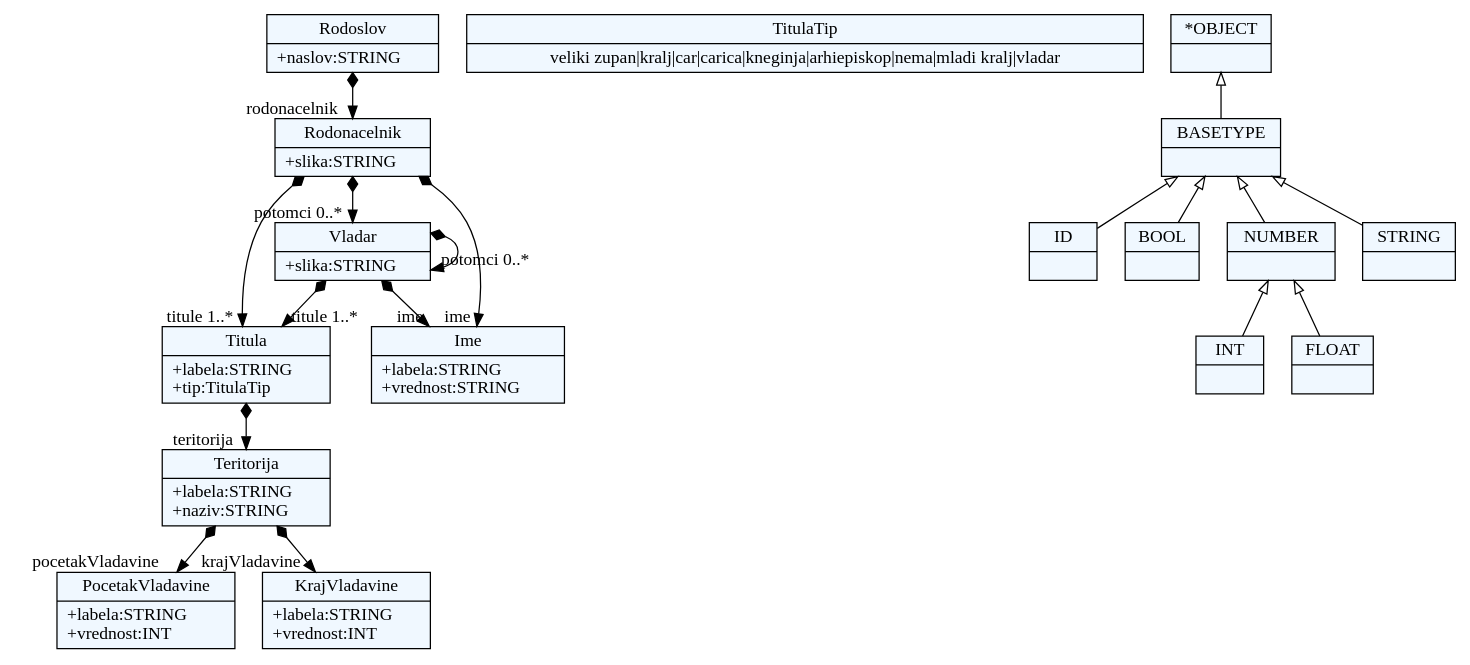
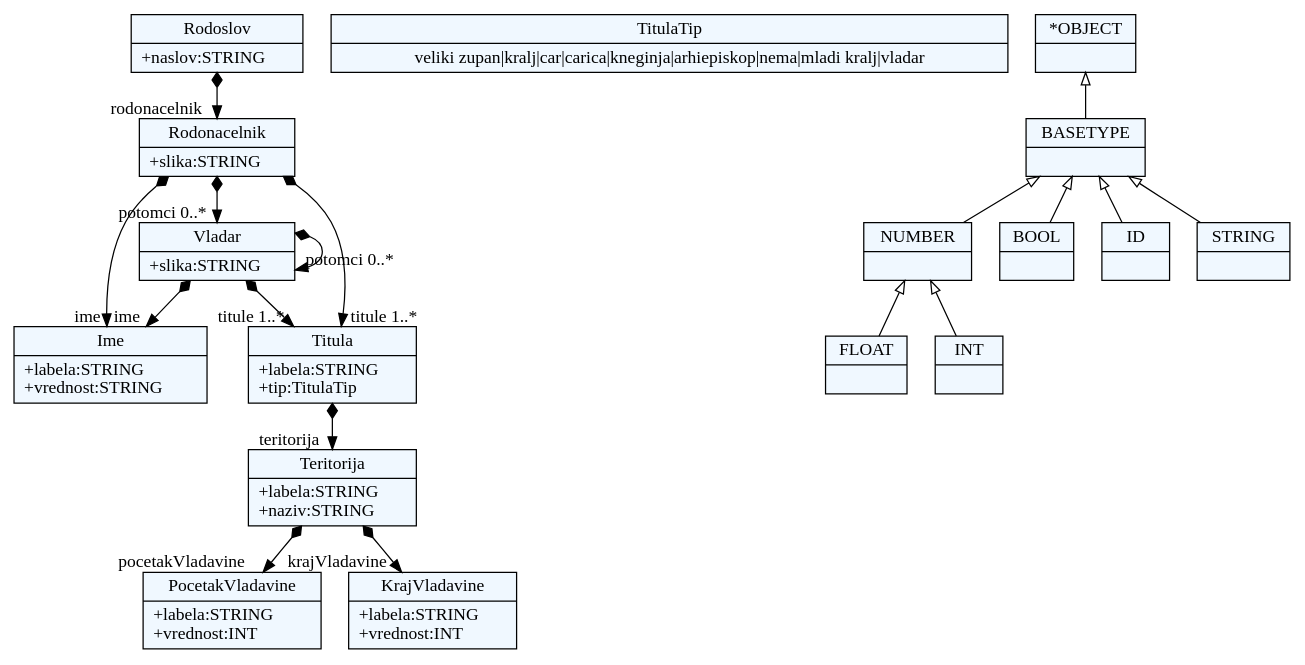
The diagram in Projekat/forms/forms.dot (milenaL9/JSD_2017), drawn with Graphviz before and after one commit. The commit also changed 9 other files, not shown here.

```diff
--- a/Projekat/forms/forms.dot
+++ b/Projekat/forms/forms.dot
@@ -1,66 +1,66 @@
 
     digraph xtext {
     fontname = "Bitstream Vera Sans"
     fontsize = 8
     node[
         shape=record,
         style=filled,
         fillcolor=aliceblue
     ]
     nodesep = 0.3
     edge[dir=black,arrowtail=empty]
 
 
-51219448 -> 51210952[arrowtail=diamond, dir=both, headlabel="rodonacelnik "]
-51219448[ label="{Rodoslov|+naslov:STRING\l}"]
+51975912[ label="{PocetakVladavine|+labela:STRING\l+vrednost:INT\l}"]
 
-49685096[ label="{PocetakVladavine|+labela:STRING\l+vrednost:INT\l}"]
+51964584[ label="{Ime|+labela:STRING\l+vrednost:STRING\l}"]
 
-49676600 -> 49682264[arrowtail=diamond, dir=both, headlabel="teritorija "]
-49676600[ label="{Titula|+labela:STRING\l+tip:TitulaTip\l}"]
+51961752 -> 51964584[arrowtail=diamond, dir=both, headlabel="ime "]
+51961752 -> 51967416[arrowtail=diamond, dir=both, headlabel="titule 1..*"]
+51961752 -> 51961752[arrowtail=diamond, dir=both, headlabel="potomci 0..*"]
+51961752[ label="{Vladar|+slika:STRING\l}"]
 
-49678488[ label="{KrajVladavine|+labela:STRING\l+vrednost:INT\l}"]
+51953256 -> 51944760[arrowtail=diamond, dir=both, headlabel="rodonacelnik "]
+51953256[ label="{Rodoslov|+naslov:STRING\l}"]
 
-49679432[ label="{TitulaTip|veliki zupan\|kralj\|car\|carica\|kneginja\|arhiepiskop\|nema\|mladi kralj\|vladar}"]
+51967416 -> 51973080[arrowtail=diamond, dir=both, headlabel="teritorija "]
+51967416[ label="{Titula|+labela:STRING\l+tip:TitulaTip\l}"]
 
-51229832[ label="{Ime|+labela:STRING\l+vrednost:STRING\l}"]
+51944760 -> 51964584[arrowtail=diamond, dir=both, headlabel="ime "]
+51944760 -> 51967416[arrowtail=diamond, dir=both, headlabel="titule 1..*"]
+51944760 -> 51961752[arrowtail=diamond, dir=both, headlabel="potomci 0..*"]
+51944760[ label="{Rodonacelnik|+slika:STRING\l}"]
 
-51227000 -> 51229832[arrowtail=diamond, dir=both, headlabel="ime "]
-51227000 -> 49676600[arrowtail=diamond, dir=both, headlabel="titule 1..*"]
-51227000 -> 51227000[arrowtail=diamond, dir=both, headlabel="potomci 0..*"]
-51227000[ label="{Vladar|+slika:STRING\l}"]
+51969304[ label="{KrajVladavine|+labela:STRING\l+vrednost:INT\l}"]
 
-51210952 -> 51229832[arrowtail=diamond, dir=both, headlabel="ime "]
-51210952 -> 49676600[arrowtail=diamond, dir=both, headlabel="titule 1..*"]
-51210952 -> 51227000[arrowtail=diamond, dir=both, headlabel="potomci 0..*"]
-51210952[ label="{Rodonacelnik|+slika:STRING\l}"]
+51970248[ label="{TitulaTip|veliki zupan\|kralj\|car\|carica\|kneginja\|arhiepiskop\|nema\|mladi kralj\|vladar}"]
 
-49682264 -> 49685096[arrowtail=diamond, dir=both, headlabel="pocetakVladavine "]
-49682264 -> 49678488[arrowtail=diamond, dir=both, headlabel="krajVladavine "]
-49682264[ label="{Teritorija|+labela:STRING\l+naziv:STRING\l}"]
+51973080 -> 51975912[arrowtail=diamond, dir=both, headlabel="pocetakVladavine "]
+51973080 -> 51969304[arrowtail=diamond, dir=both, headlabel="krajVladavine "]
+51973080[ label="{Teritorija|+labela:STRING\l+naziv:STRING\l}"]
 
-51206232[ label="{ID|}"]
+51957032[ label="{BASETYPE|}"]
+51957032 -> 51954200 [dir=back]
+51957032 -> 51945704 [dir=back]
+51957032 -> 51940040 [dir=back]
+51957032 -> 51942872 [dir=back]
 
-51211896[ label="{BOOL|}"]
+51951368[ label="{FLOAT|}"]
 
-51223224[ label="{BASETYPE|}"]
-51223224 -> 51220392 [dir=back]
-51223224 -> 51211896 [dir=back]
-51223224 -> 51206232 [dir=back]
-51223224 -> 51209064 [dir=back]
+51959864[ label="{*OBJECT|}"]
+51959864 -> 51957032 [dir=back]
 
-51214728[ label="{INT|}"]
+51945704[ label="{BOOL|}"]
 
-51220392[ label="{NUMBER|}"]
-51220392 -> 51217560 [dir=back]
-51220392 -> 51214728 [dir=back]
+51948536[ label="{INT|}"]
 
-51209064[ label="{STRING|}"]
+51954200[ label="{NUMBER|}"]
+51954200 -> 51951368 [dir=back]
+51954200 -> 51948536 [dir=back]
 
-51217560[ label="{FLOAT|}"]
+51940040[ label="{ID|}"]
 
-51226056[ label="{*OBJECT|}"]
-51226056 -> 51223224 [dir=back]
+51942872[ label="{STRING|}"]
 
 
 }
```
